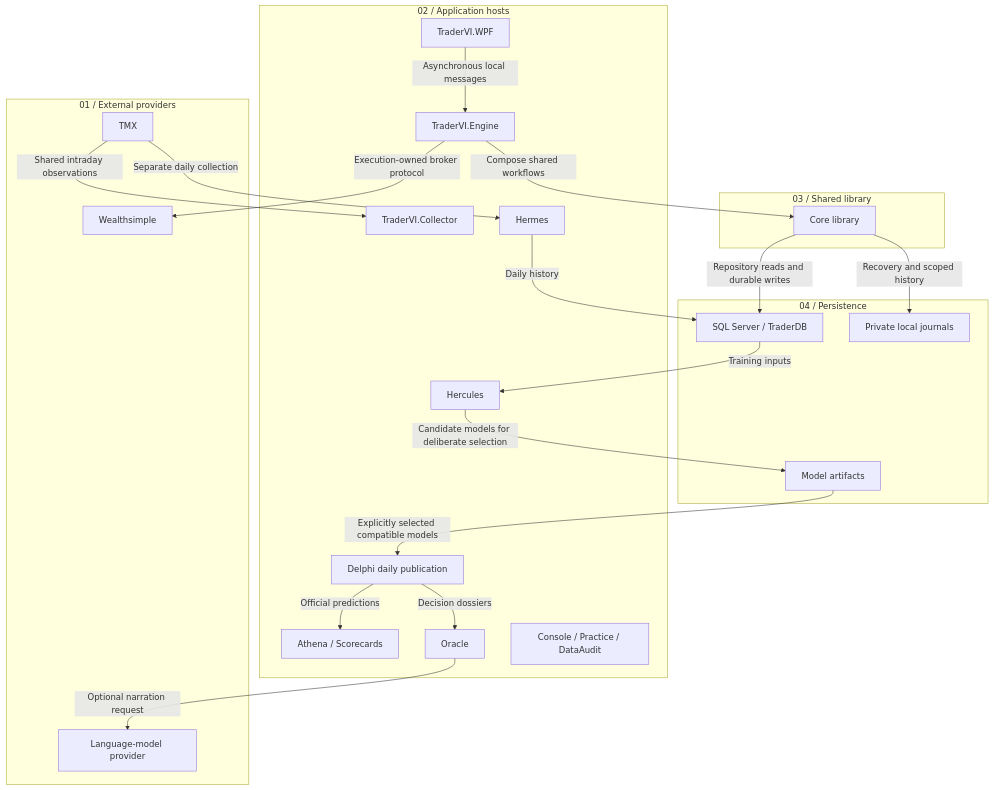
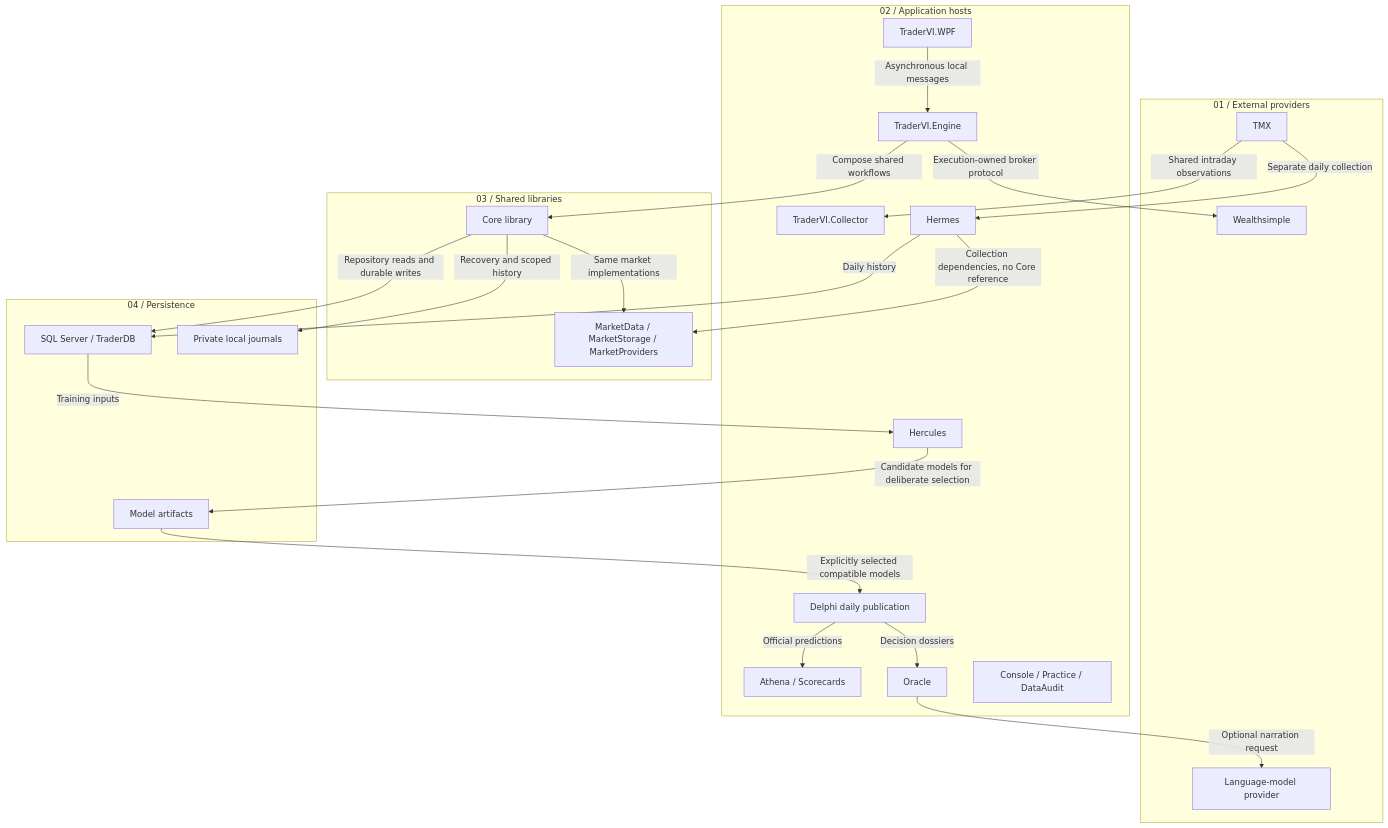
One commit to JosephMawer/TraderVI changed the second of 4 diagrams in Docs/architecture-view.md. Above: the diagram before and after it, drawn with Mermaid. The commit also changed other lines of this file and 90 other files, not shown here.

Commit message:
Build Hermes independently with shared market dependencies

````diff
--- a/Docs/architecture-view.md
+++ b/Docs/architecture-view.md
@@ -86,41 +87,44 @@
 ```mermaid
 flowchart TB
     subgraph g1["01 / External providers"]
         n_tmx["TMX"]
         n_broker["Wealthsimple"]
         n_llm["Language-model provider"]
     end
     subgraph g2["02 / Application hosts"]
         n_collector["TraderVI.Collector"]
         n_engine["TraderVI.Engine"]
         n_wpf["TraderVI.WPF"]
         n_hermes["Hermes"]
         n_hercules["Hercules"]
         n_delphi["Delphi daily publication"]
         n_athena["Athena / Scorecards"]
         n_oracle["Oracle"]
         n_tools["Console / Practice / DataAudit"]
     end
-    subgraph g3["03 / Shared library"]
+    subgraph g3["03 / Shared libraries"]
         n_core["Core library"]
+        n_market["MarketData / MarketStorage / MarketProviders"]
     end
     subgraph g4["04 / Persistence"]
         n_sql["SQL Server / TraderDB"]
         n_artifacts["Model artifacts"]
         n_journals["Private local journals"]
     end
     n_tmx -->|"Shared intraday observations"| n_collector
     n_tmx -->|"Separate daily collection"| n_hermes
     n_hermes -->|"Daily history"| n_sql
     n_sql -->|"Training inputs"| n_hercules
     n_hercules -->|"Candidate models for deliberate selection"| n_artifacts
     n_artifacts -->|"Explicitly selected compatible models"| n_delphi
     n_delphi -->|"Official predictions"| n_athena
     n_delphi -->|"Decision dossiers"| n_oracle
     n_oracle -->|"Optional narration request"| n_llm
     n_wpf -->|"Asynchronous local messages"| n_engine
     n_engine -->|"Execution-owned broker protocol"| n_broker
     n_engine -->|"Compose shared workflows"| n_core
+    n_hermes -->|"Collection dependencies, no Core reference"| n_market
+    n_core -->|"Same market implementations"| n_market
     n_core -->|"Repository reads and durable writes"| n_sql
     n_core -->|"Recovery and scoped history"| n_journals
 ```
````
